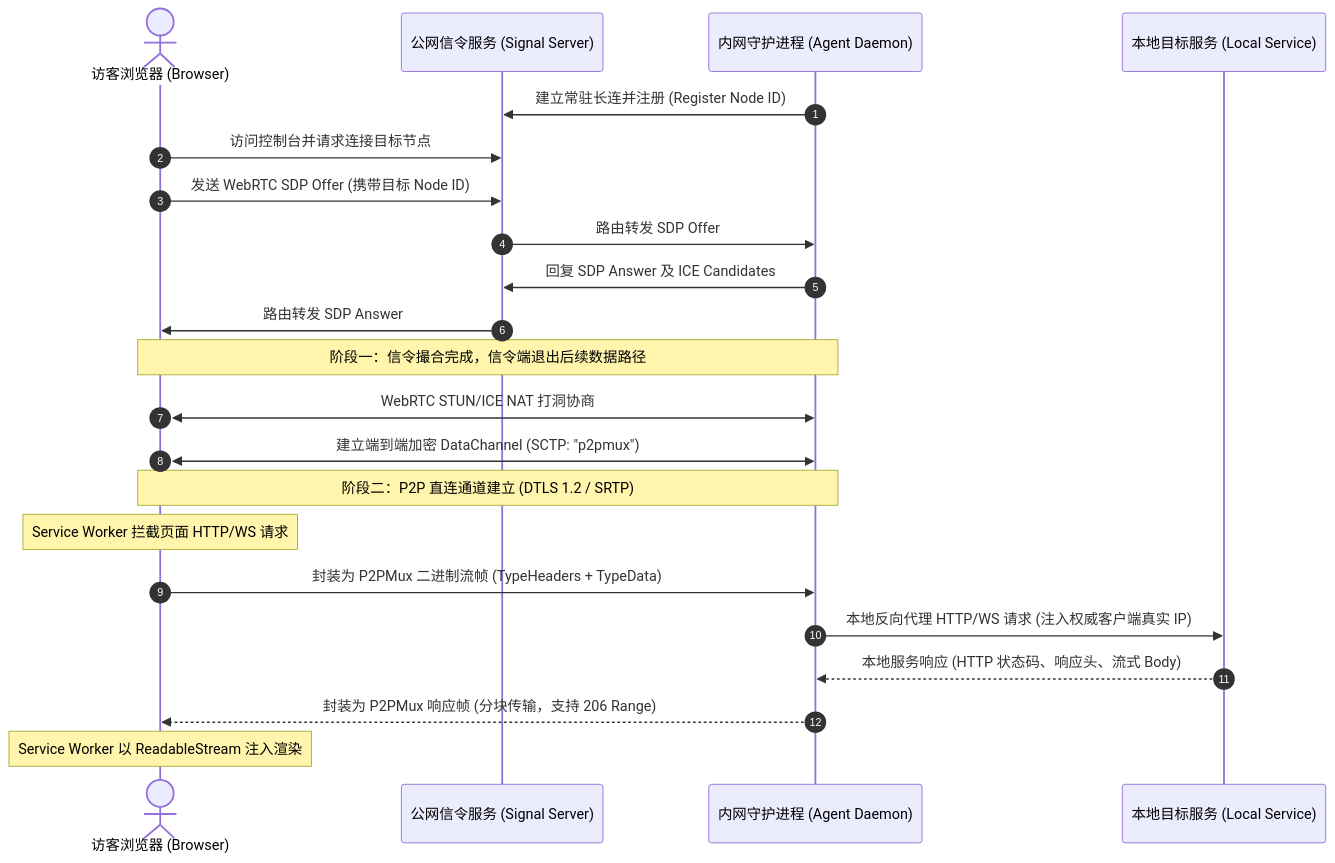
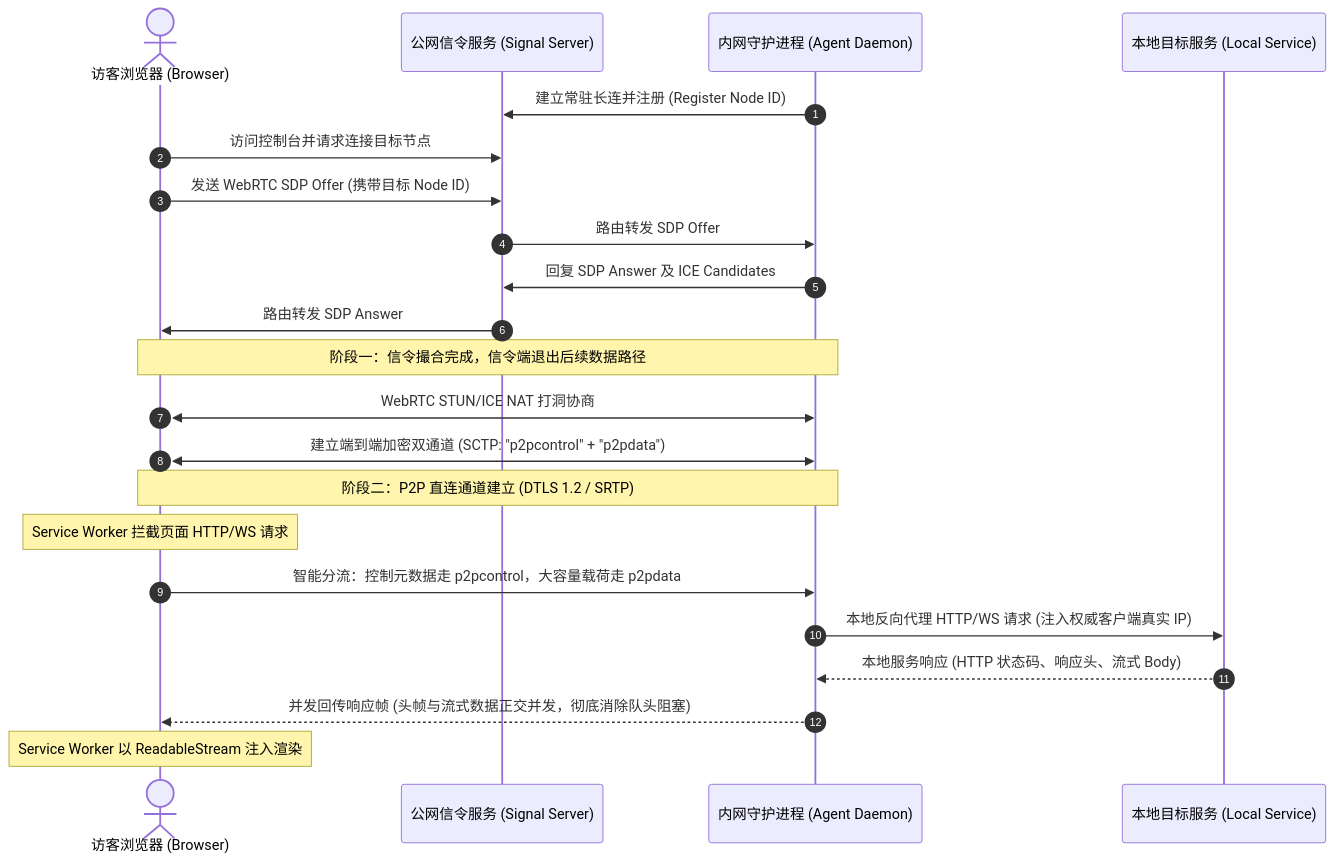
The diagram in README.md (BeingNoAbility/WebRTC-Gateway), drawn with Mermaid before and after one commit. The commit also changed other lines of this file and 9 other files, not shown here.

Commit message:
docs: align documentation suite with v2.3 dual-channel architecture and benchmark reports

````diff
--- a/README.md
+++ b/README.md
@@ -81,27 +81,27 @@
 ```mermaid
 sequenceDiagram
     autonumber
     actor Visitor as 访客浏览器 (Browser)
     participant Signal as 公网信令服务 (Signal Server)
     participant Agent as 内网守护进程 (Agent Daemon)
     participant Target as 本地目标服务 (Local Service)
 
     Agent->>Signal: 建立常驻长连并注册 (Register Node ID)
     Visitor->>Signal: 访问控制台并请求连接目标节点
     Visitor->>Signal: 发送 WebRTC SDP Offer (携带目标 Node ID)
     Signal->>Agent: 路由转发 SDP Offer
     Agent->>Signal: 回复 SDP Answer 及 ICE Candidates
     Signal->>Visitor: 路由转发 SDP Answer
     Note over Visitor,Agent: 阶段一：信令撮合完成，信令端退出后续数据路径
 
     Visitor<<->>Agent: WebRTC STUN/ICE NAT 打洞协商
-    Visitor<<->>Agent: 建立端到端加密 DataChannel (SCTP: "p2pmux")
+    Visitor<<->>Agent: 建立端到端加密双通道 (SCTP: "p2pcontrol" + "p2pdata")
     Note over Visitor,Agent: 阶段二：P2P 直连通道建立 (DTLS 1.2 / SRTP)
 
     Note over Visitor: Service Worker 拦截页面 HTTP/WS 请求
-    Visitor->>Agent: 封装为 P2PMux 二进制流帧 (TypeHeaders + TypeData)
+    Visitor->>Agent: 智能分流：控制元数据走 p2pcontrol，大容量载荷走 p2pdata
     Agent->>Target: 本地反向代理 HTTP/WS 请求 (注入权威客户端真实 IP)
     Target-->>Agent: 本地服务响应 (HTTP 状态码、响应头、流式 Body)
-    Agent-->>Visitor: 封装为 P2PMux 响应帧 (分块传输，支持 206 Range)
+    Agent-->>Visitor: 并发回传响应帧 (头帧与流式数据正交并发，彻底消除队头阻塞)
     Note over Visitor: Service Worker 以 ReadableStream 注入渲染
 ```
````
